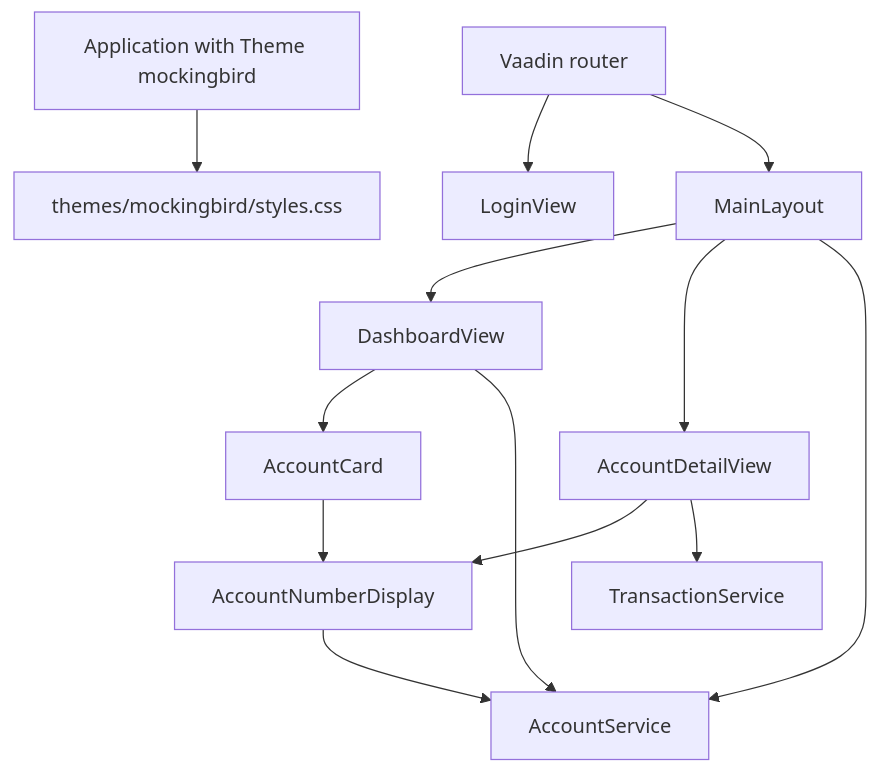
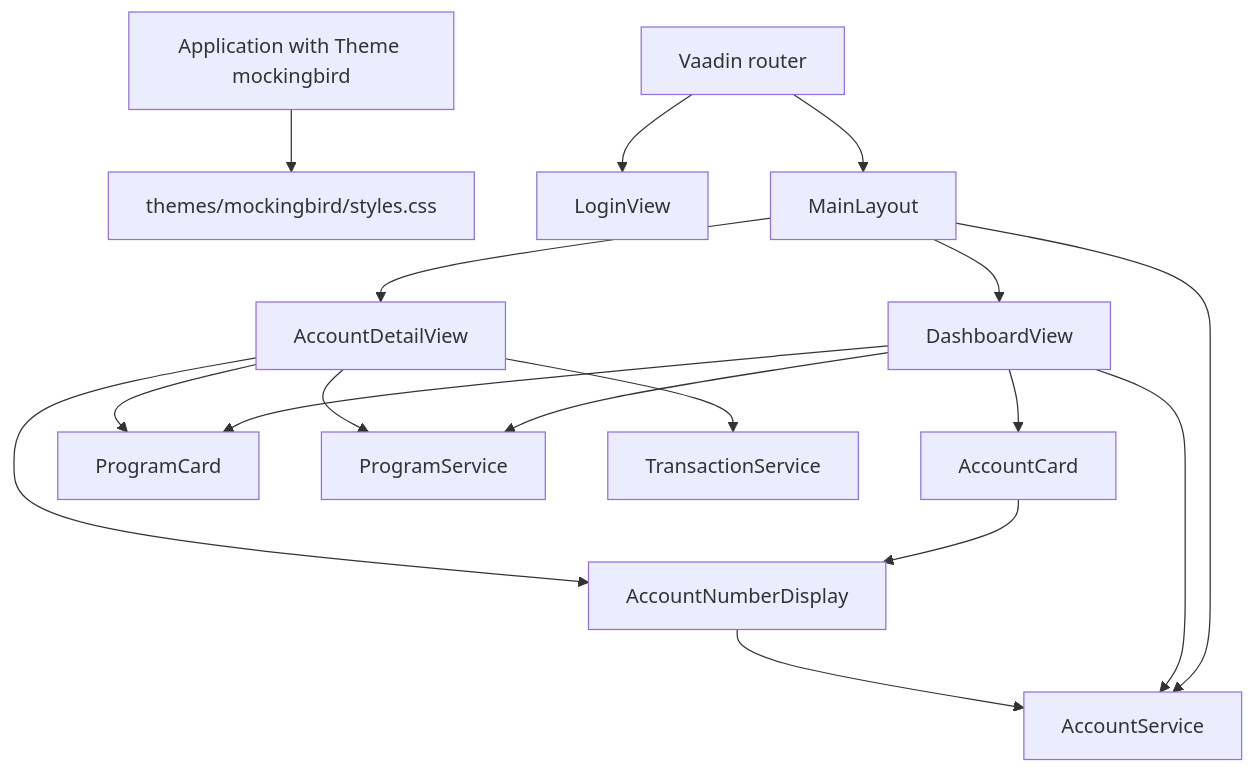
One commit to factory-aj-pahl/mockingbird-bank changed the diagram in droid-wiki/systems/ui.md. Above: the diagram before and after it, drawn with Mermaid. The commit also changed other lines of this file and 78 other files, not shown here.

````diff
--- a/droid-wiki/systems/ui.md
+++ b/droid-wiki/systems/ui.md
@@ -60,15 +64,19 @@
 ```mermaid
 graph TD
     App[Application with Theme mockingbird] --> Theme[themes/mockingbird/styles.css]
     Router[Vaadin router] --> Login[LoginView]
     Router --> Main[MainLayout]
     Main --> Dash[DashboardView]
     Main --> Detail[AccountDetailView]
     Dash --> Card[AccountCard]
     Card --> Num[AccountNumberDisplay]
     Detail --> Num
+    Dash --> PC[ProgramCard]
+    Detail --> PC
+    Dash --> PS[ProgramService]
+    Detail --> PS
     Main --> AS[AccountService]
     Dash --> AS
     Detail --> TS[TransactionService]
     Num --> AS
 ```
````
